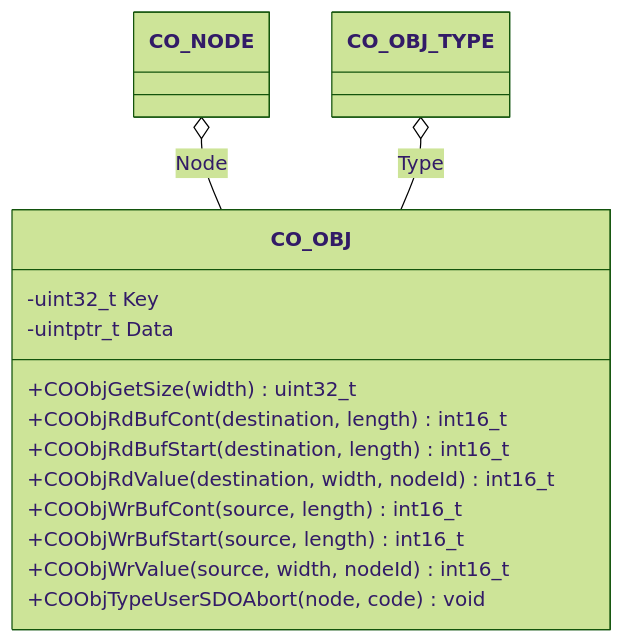
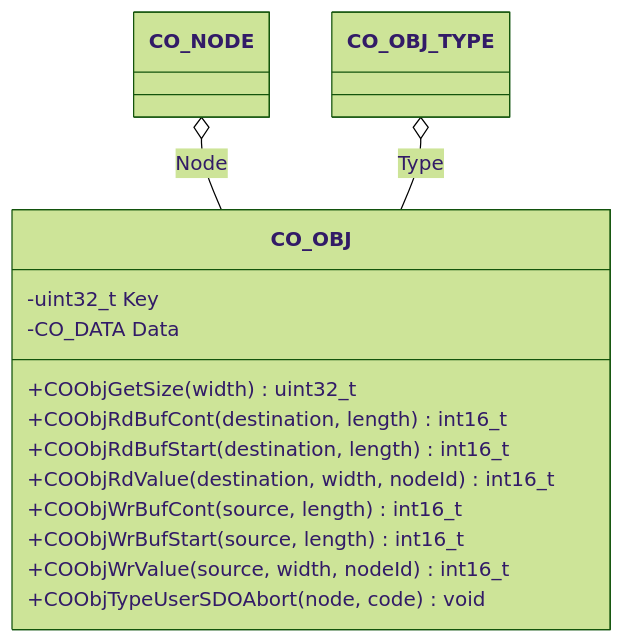
Before and after one commit to embedded-office/canopen-website: the diagram in website/docs/api/object.md, drawn with Mermaid (forest theme). The commit also changed other lines of this file and 8 other files, not shown here.

````diff
--- a/website/docs/api/object.md
+++ b/website/docs/api/object.md
@@ -7,17 +7,17 @@
 ```mermaid
 classDiagram
   CO_NODE o-- CO_OBJ : Node
   CO_OBJ_TYPE o-- CO_OBJ : Type
   class CO_OBJ {
     -uint32_t Key
-    -uintptr_t Data
+    -CO_DATA Data
     +COObjGetSize(width) uint32_t
     +COObjRdBufCont(destination, length) int16_t
     +COObjRdBufStart(destination, length) int16_t
     +COObjRdValue(destination, width, nodeId) int16_t
     +COObjWrBufCont(source, length) int16_t
     +COObjWrBufStart(source, length) int16_t
     +COObjWrValue(source, width, nodeId) int16_t
     +COObjTypeUserSDOAbort(node, code) void
   }
 ```
````
